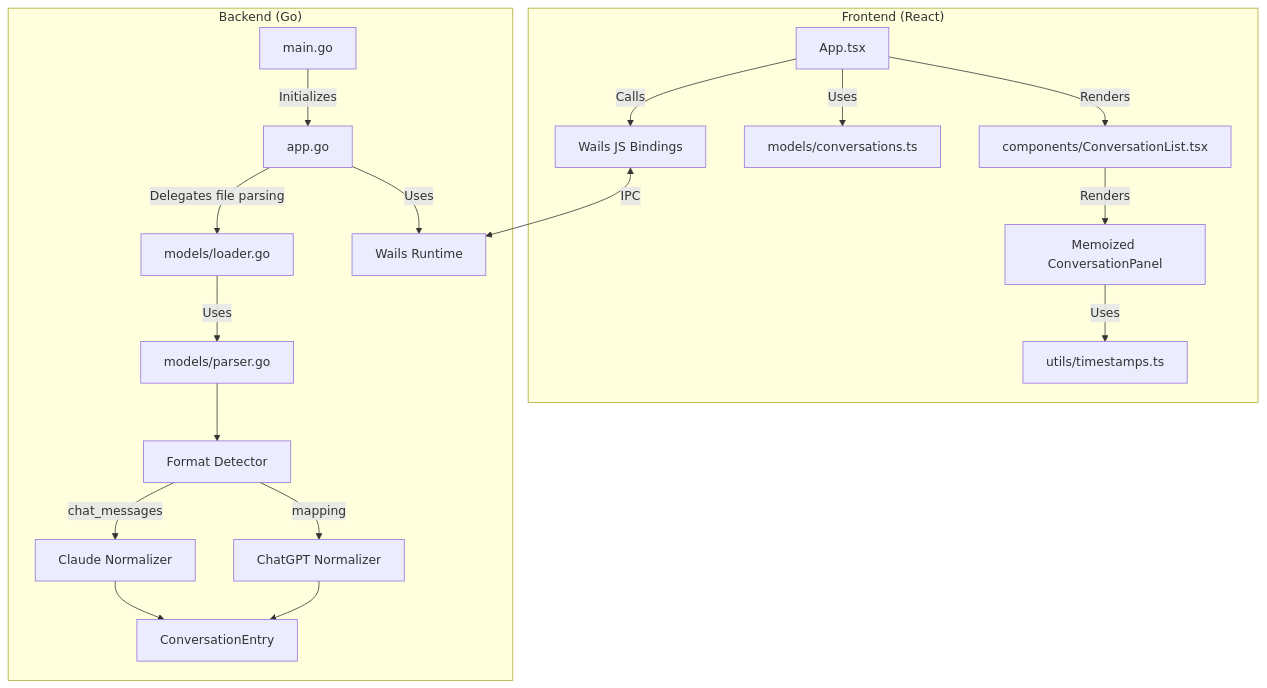
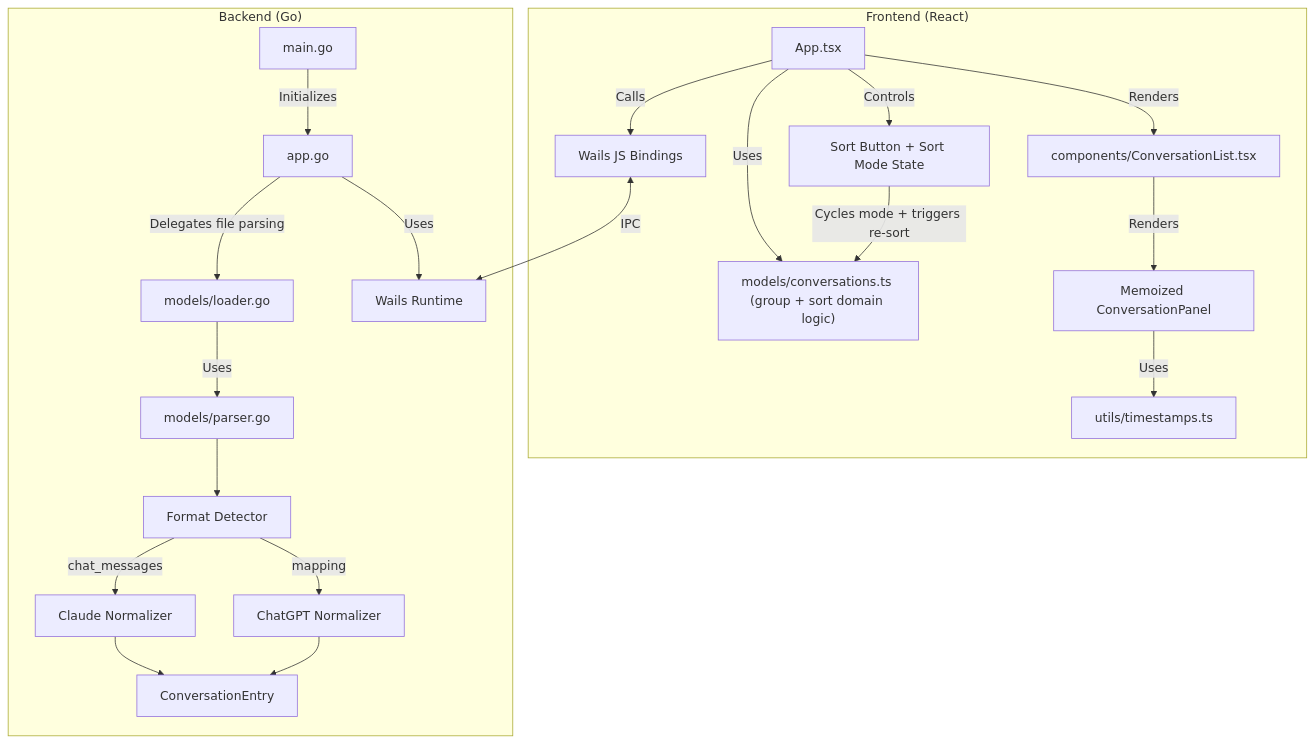
The first of 2 diagrams in docs/architecture.md (johnpfeiffer/chat-explorer), drawn with Mermaid before and after one commit. The commit also changed other lines of this file and 14 other files, not shown here.

````diff
--- a/docs/architecture.md
+++ b/docs/architecture.md
@@ -70,39 +85,42 @@
 ```mermaid
 graph TD
     subgraph "Frontend (React)"
         AppC["App.tsx"]
+        SortUI["Sort Button + Sort Mode State"]
         Bindings["Wails JS Bindings"]
-        Logic["models/conversations.ts"]
+        Logic["models/conversations.ts (group + sort domain logic)"]
         CompList["components/ConversationList.tsx"]
         CompPanel["Memoized ConversationPanel"]
         Utils["utils/timestamps.ts"]
     end
 
     subgraph "Backend (Go)"
         Main["main.go"]
         AppGo["app.go"]
         Loader["models/loader.go"]
         Parser["models/parser.go"]
         Detector["Format Detector"]
         ClaudeNorm["Claude Normalizer"]
         ChatGPTNorm["ChatGPT Normalizer"]
         EntryModel["ConversationEntry"]
         Runtime["Wails Runtime"]
     end
 
     AppC -->|Calls| Bindings
+    AppC -->|Controls| SortUI
     AppC -->|Uses| Logic
     AppC -->|Renders| CompList
     CompList -->|Renders| CompPanel
     CompPanel -->|Uses| Utils
+    SortUI -->|Cycles mode + triggers re-sort| Logic
     Bindings <-->|IPC| Runtime
     Main -->|Initializes| AppGo
     AppGo -->|Uses| Runtime
     AppGo -->|Delegates file parsing| Loader
     Loader -->|Uses| Parser
     Parser --> Detector
     Detector -->|chat_messages| ClaudeNorm
     Detector -->|mapping| ChatGPTNorm
     ClaudeNorm --> EntryModel
     ChatGPTNorm --> EntryModel
 ```
````
